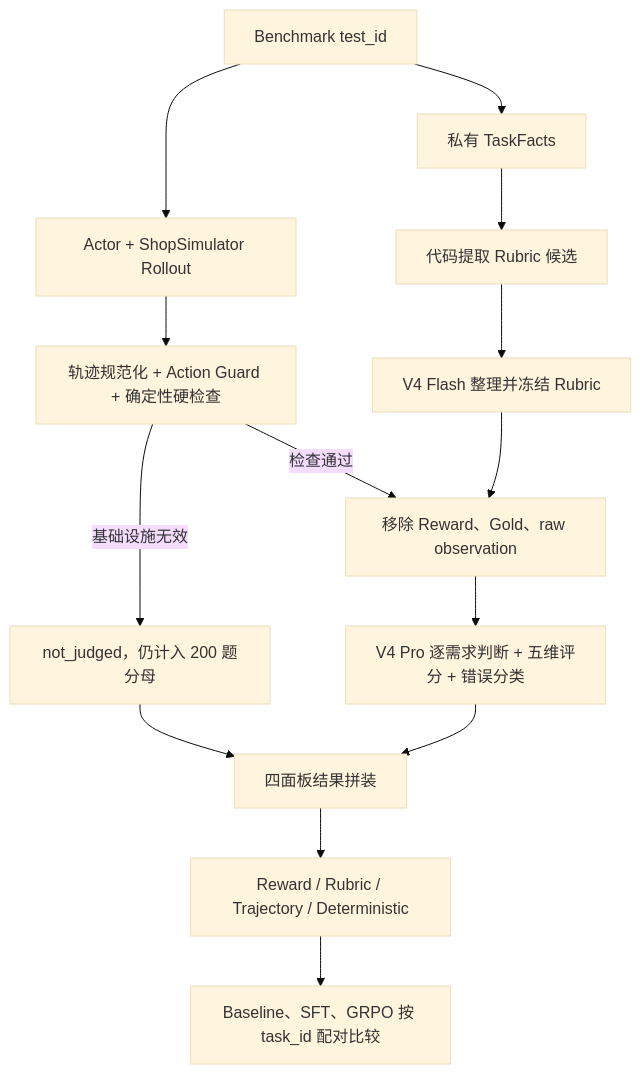
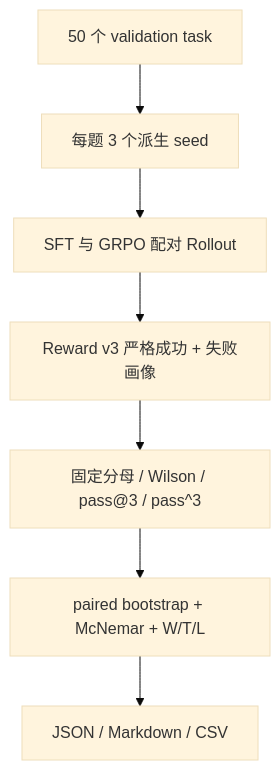
Before and after one commit to 19803118392/shopping-grpo-longhorizon: the second of 2 diagrams in README.md, drawn with Mermaid (base theme). The commit also changed other lines of this file and 68 other files, not shown here.

Commit message:
feat: add paired statistical evaluation and verified validation result

````diff
--- a/README.md
+++ b/README.md
@@ -122,16 +147,9 @@
 ```mermaid
 flowchart TD
-    A["Benchmark test_id"] --> B["私有 TaskFacts"]
-    B --> C["代码提取 Rubric 候选"]
-    C --> D["V4 Flash 整理并冻结 Rubric"]
-    A --> E["Actor + ShopSimulator Rollout"]
-    E --> F["轨迹规范化 + Action Guard + 确定性硬检查"]
-    F -->|基础设施无效| G["not_judged，仍计入 200 题分母"]
-    F -->|检查通过| H["移除 Reward、Gold、raw observation"]
-    D --> H
-    H --> I["V4 Pro 逐需求判断 + 五维评分 + 错误分类"]
-    G --> J["四面板结果拼装"]
-    I --> J
-    J --> K["Reward / Rubric / Trajectory / Deterministic"]
-    K --> L["Baseline、SFT、GRPO 按 task_id 配对比较"]
+    A["50 个 validation task"] --> B["每题 3 个派生 seed"]
+    B --> C["SFT 与 GRPO 配对 Rollout"]
+    C --> D["Reward v3 严格成功 + 失败画像"]
+    D --> E["固定分母 / Wilson / pass@3 / pass^3"]
+    E --> F["paired bootstrap + McNemar + W/T/L"]
+    F --> G["JSON / Markdown / CSV"]
 ```
````
